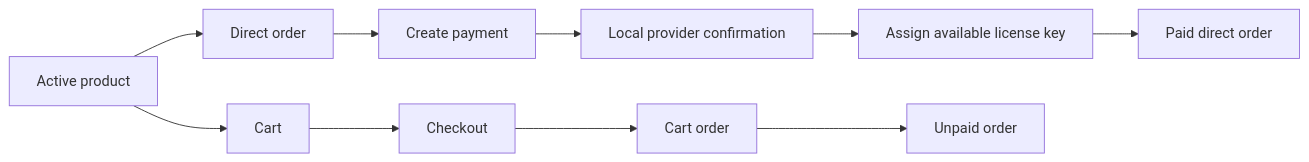
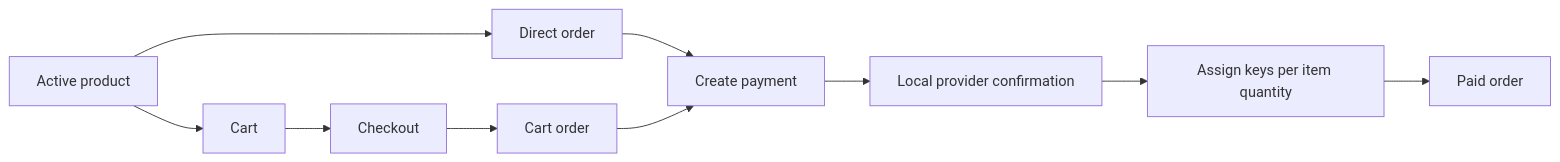
Before and after one commit to vladyslav-fdnk/ludora: the fourth of 5 diagrams in docs/ARCHITECTURE.md, drawn with Mermaid. The commit also changed other lines of this file and 1 other file, not shown here.

Commit message:
Improve project documentation and architecture

````diff
--- a/docs/ARCHITECTURE.md
+++ b/docs/ARCHITECTURE.md
@@ -270,12 +275,12 @@
 ```mermaid
 flowchart LR
     P[Active product] --> D[Direct order]
     P --> C[Cart]
     C --> CO[Checkout]
     CO --> CRO[Cart order]
     D --> CP[Create payment]
+    CRO --> CP
     CP --> SP[Local provider confirmation]
-    SP --> K[Assign available license key]
-    K --> PAID[Paid direct order]
-    CRO --> U[Unpaid order]
+    SP --> K[Assign keys per item quantity]
+    K --> PAID[Paid order]
 ```
````
